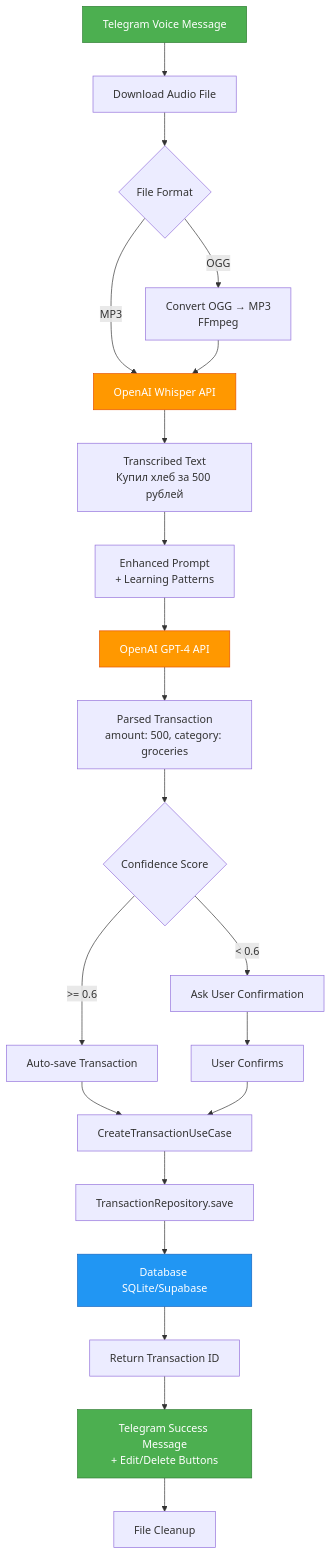
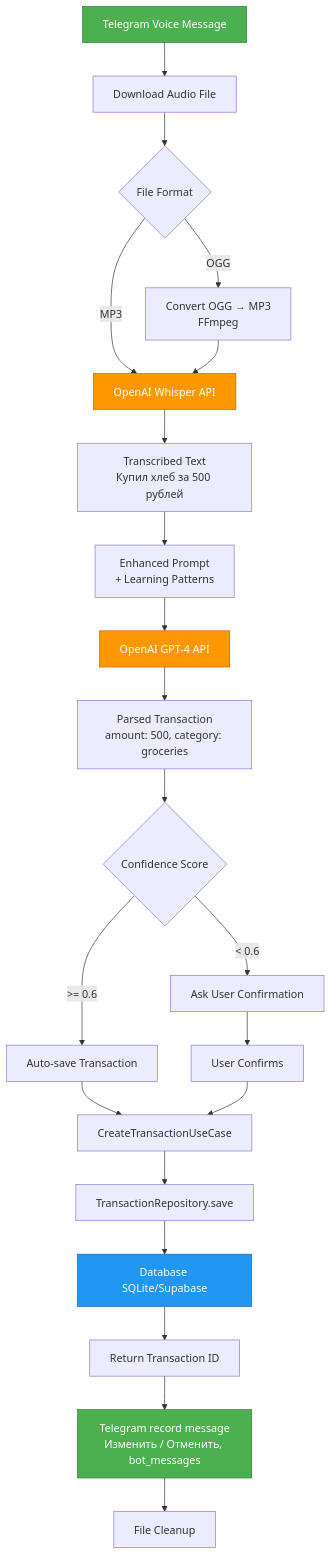
The diagram in docs/knowledge-base/07-data-flow/voice-to-transaction.md (chollak/finance-tracker-backend), drawn with Mermaid before and after one commit. The commit also changed other lines of this file and 44 other files, not shown here.

First line of the commit message:
feat(bot): record confirmations, field edits and undo (FT-122)

````diff
--- a/docs/knowledge-base/07-data-flow/voice-to-transaction.md
+++ b/docs/knowledge-base/07-data-flow/voice-to-transaction.md
@@ -29,29 +29,29 @@
 ```mermaid
 flowchart TD
     A[Telegram Voice Message] --> B[Download Audio File]
     B --> C{File Format}
     C -->|OGG| D[Convert OGG → MP3<br/>FFmpeg]
     C -->|MP3| E[OpenAI Whisper API]
     D --> E
     E --> F[Transcribed Text<br/>Купил хлеб за 500 рублей]
     F --> G[Enhanced Prompt<br/>+ Learning Patterns]
     G --> H[OpenAI GPT-4 API]
     H --> I[Parsed Transaction<br/>amount: 500, category: groceries]
     I --> J{Confidence Score}
     J -->|>= 0.6| K[Auto-save Transaction]
     J -->|< 0.6| L[Ask User Confirmation]
     K --> M[CreateTransactionUseCase]
     L --> N[User Confirms]
     N --> M
     M --> O[TransactionRepository.save]
     O --> P[Database SQLite/Supabase]
     P --> Q[Return Transaction ID]
-    Q --> R[Telegram Success Message<br/>+ Edit/Delete Buttons]
+    Q --> R[Telegram record message<br/>Изменить / Отменить, bot_messages]
     R --> S[File Cleanup]
 
     style A fill:#4CAF50,stroke:#2E7D32,color:#fff
     style E fill:#FF9800,stroke:#E65100,color:#fff
     style H fill:#FF9800,stroke:#E65100,color:#fff
     style P fill:#2196F3,stroke:#1565C0,color:#fff
     style R fill:#4CAF50,stroke:#2E7D32,color:#fff
 ```
````
